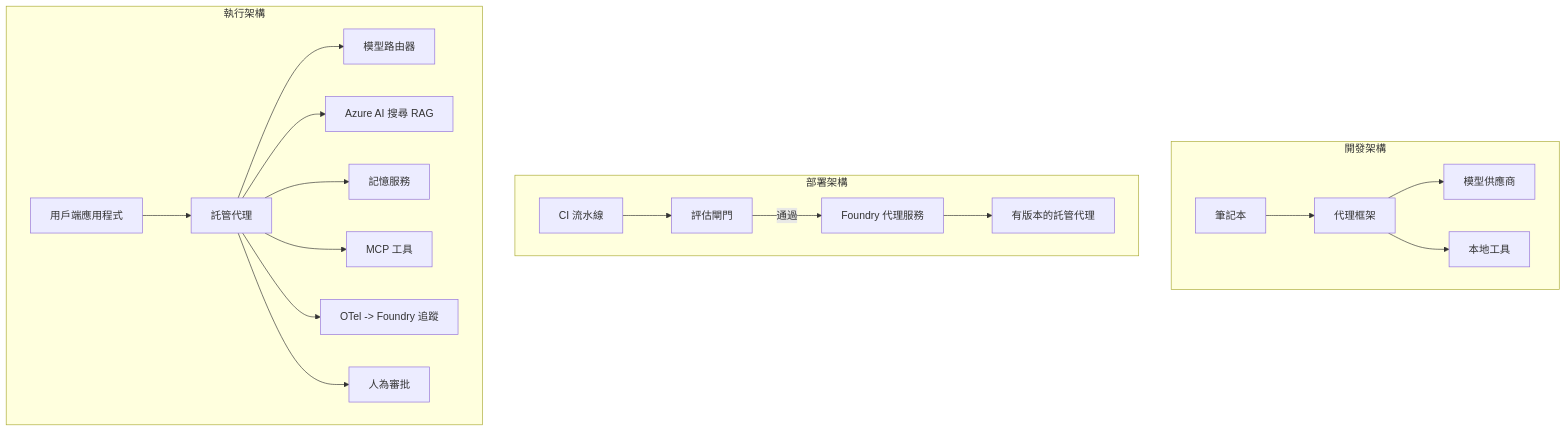
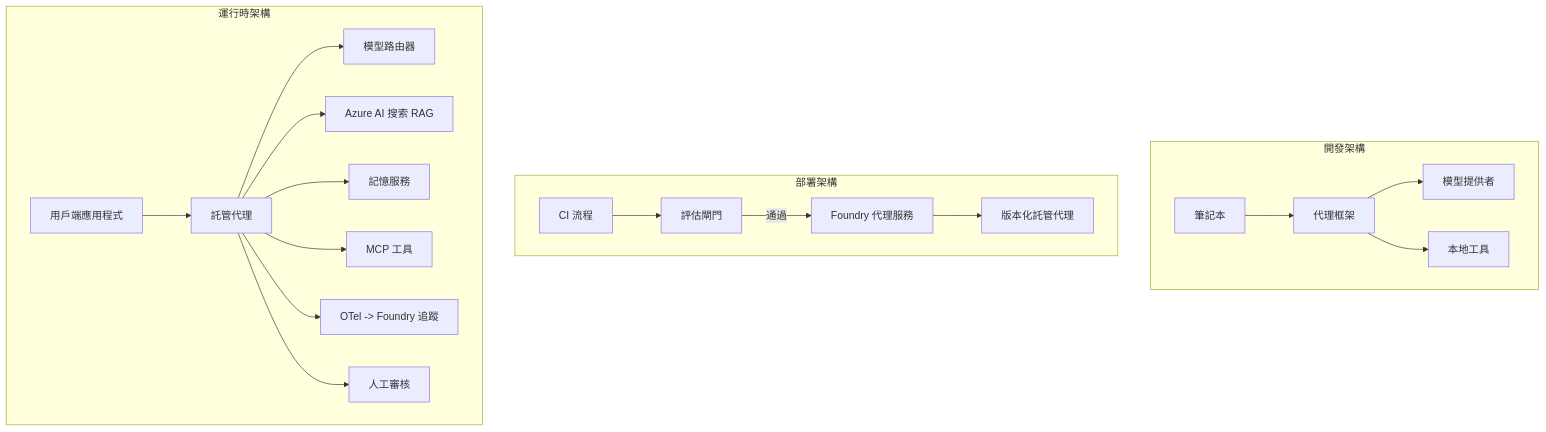
Before and after one commit to gabrielmoreira/agent-skills-mirror: the fourth of 4 diagrams in mirrors/repos/microsoft@ai-agents-for-beginners/translations/zh-MO/16-deploying-scalable-agents/README.md, drawn with Mermaid. The commit also changed other lines of this file and 4262 other files, not shown here.

````diff
--- a/mirrors/repos/microsoft@ai-agents-for-beginners/translations/zh-MO/16-deploying-scalable-agents/README.md
+++ b/mirrors/repos/microsoft@ai-agents-for-beginners/translations/zh-MO/16-deploying-scalable-agents/README.md
@@ -185,22 +185,22 @@
 ```mermaid
 flowchart TB
     subgraph Dev[開發架構]
         D1[筆記本] --> D2[代理框架]
-        D2 --> D3[模型供應商]
+        D2 --> D3[模型提供者]
         D2 --> D4[本地工具]
     end
     subgraph Deploy[部署架構]
-        E1[CI 流水線] --> E2[評估閘門]
+        E1[CI 流程] --> E2[評估閘門]
         E2 -->|通過| E3[Foundry 代理服務]
-        E3 --> E4[有版本的託管代理]
+        E3 --> E4[版本化託管代理]
     end
-    subgraph Run[執行架構]
+    subgraph Run[運行時架構]
         F1[用戶端應用程式] --> F2[託管代理]
         F2 --> F3[模型路由器]
-        F2 --> F4[Azure AI 搜尋 RAG]
+        F2 --> F4[Azure AI 搜索 RAG]
         F2 --> F5[記憶服務]
         F2 --> F6[MCP 工具]
         F2 --> F7[OTel -> Foundry 追蹤]
-        F2 --> F8[人為審批]
+        F2 --> F8[人工審核]
     end
 ```
````
